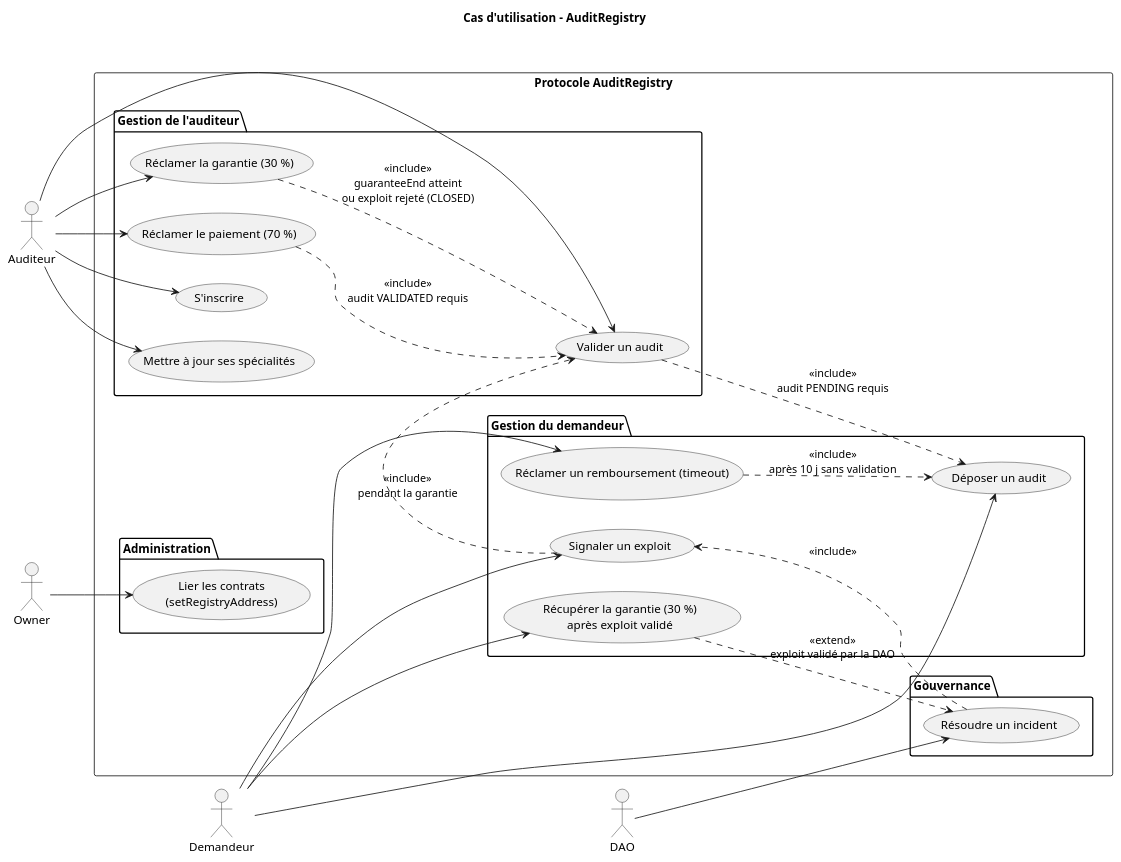
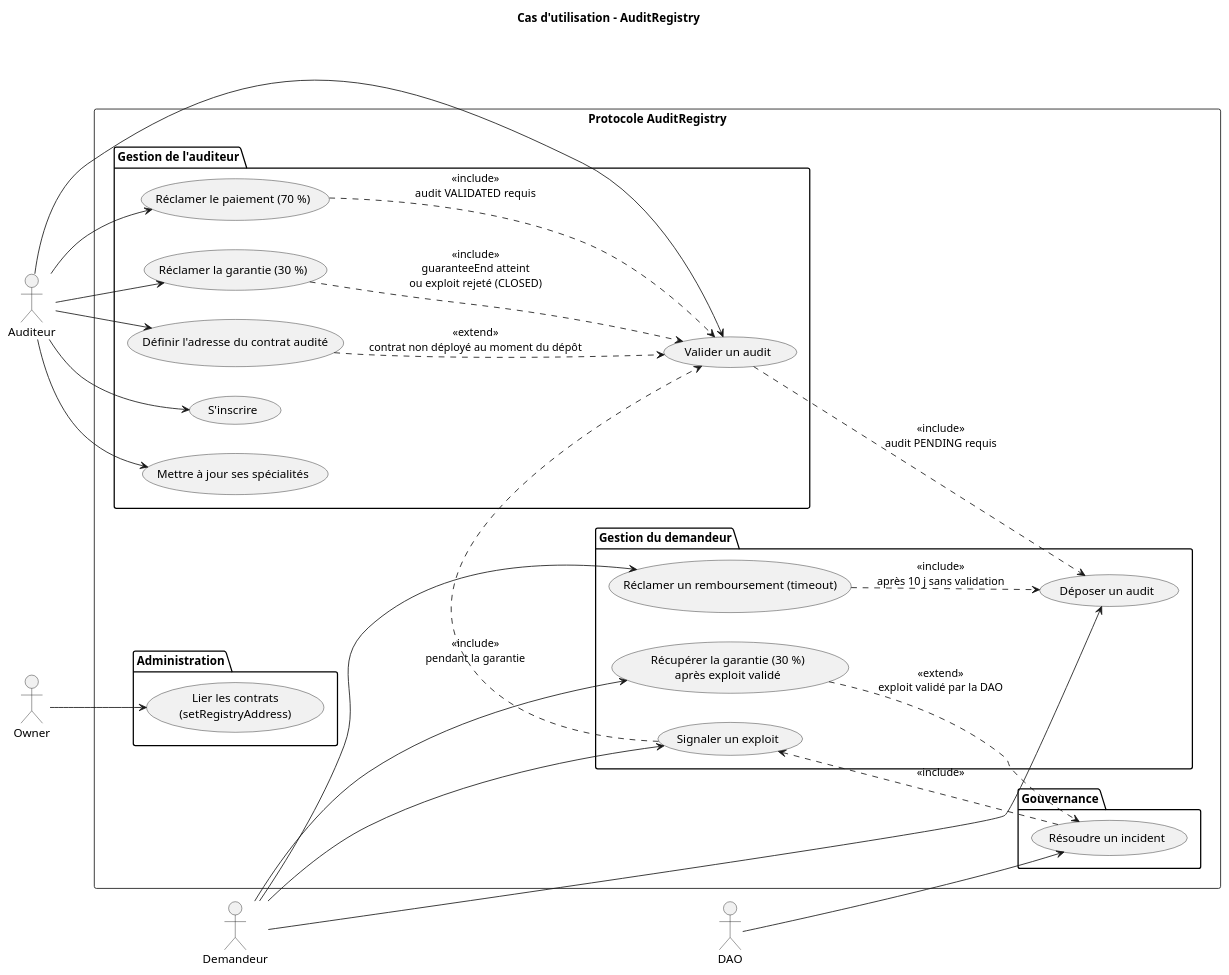
Before and after one commit to olivier4429/AlyraProjetFinal: the diagram in docs/usecases.puml, drawn with PlantUML. The commit also changed 22 other files, not shown here.

```diff
--- a/docs/usecases.puml
+++ b/docs/usecases.puml
@@ -1,59 +1,63 @@
 @startuml usecases
 title Cas d'utilisation - AuditRegistry
 
 left to right direction
 
 actor "Auditeur"  as A
 actor "Demandeur" as D
 actor "DAO"       as DAO
 actor "Owner"     as O
 
 rectangle "Protocole AuditRegistry" {
 
   package "Gestion de l'auditeur" {
-    usecase "S'inscrire"                         as UC_REGISTER
-    usecase "Mettre à jour ses spécialités"      as UC_SPECIALTIES
-    usecase "Valider un audit"                   as UC_VALIDATE
-    usecase "Réclamer le paiement (70 %)"        as UC_CLAIM_PAYMENT
-    usecase "Réclamer la garantie (30 %)"        as UC_CLAIM_GUARANTEE
+    usecase "S'inscrire"                              as UC_REGISTER
+    usecase "Mettre à jour ses spécialités"           as UC_SPECIALTIES
+    usecase "Définir l'adresse du contrat audité"     as UC_SET_ADDR
+    usecase "Valider un audit"                        as UC_VALIDATE
+    usecase "Réclamer le paiement (70 %)"             as UC_CLAIM_PAYMENT
+    usecase "Réclamer la garantie (30 %)"             as UC_CLAIM_GUARANTEE
   }
 
   package "Gestion du demandeur" {
     usecase "Déposer un audit"                        as UC_DEPOSIT
     usecase "Réclamer un remboursement (timeout)"     as UC_REFUND
     usecase "Signaler un exploit"                     as UC_EXPLOIT
     usecase "Récupérer la garantie (30 %)\naprès exploit validé" as UC_CLAIM_GUARANTEE_EXPLOIT
   }
 
   package "Gouvernance" {
     usecase "Résoudre un incident"               as UC_RESOLVE
   }
 
   package "Administration" {
     usecase "Lier les contrats\n(setRegistryAddress)" as UC_LINK
   }
 }
 
 A   --> UC_REGISTER
 A   --> UC_SPECIALTIES
+A   --> UC_SET_ADDR
 A   --> UC_VALIDATE
 A   --> UC_CLAIM_PAYMENT
 A   --> UC_CLAIM_GUARANTEE
+
+UC_SET_ADDR ..> UC_VALIDATE : <<extend>>\ncontrat non déployé au moment du dépôt
 
 D   --> UC_DEPOSIT
 D   --> UC_REFUND
 D   --> UC_EXPLOIT
 D   --> UC_CLAIM_GUARANTEE_EXPLOIT
 
 DAO --> UC_RESOLVE
 O   --> UC_LINK
 
 UC_VALIDATE      ..> UC_DEPOSIT        : <<include>>\naudit PENDING requis
 UC_CLAIM_PAYMENT ..> UC_VALIDATE       : <<include>>\naudit VALIDATED requis
 UC_CLAIM_GUARANTEE ..> UC_VALIDATE     : <<include>>\nguaranteeEnd atteint\nou exploit rejeté (CLOSED)
 UC_EXPLOIT       ..> UC_VALIDATE       : <<include>>\npendant la garantie
 UC_REFUND        ..> UC_DEPOSIT        : <<include>>\naprès 10 j sans validation
 UC_RESOLVE                 ..> UC_EXPLOIT               : <<include>>
 UC_CLAIM_GUARANTEE_EXPLOIT ..> UC_RESOLVE               : <<extend>>\nexploit validé par la DAO
 
 @enduml
```
